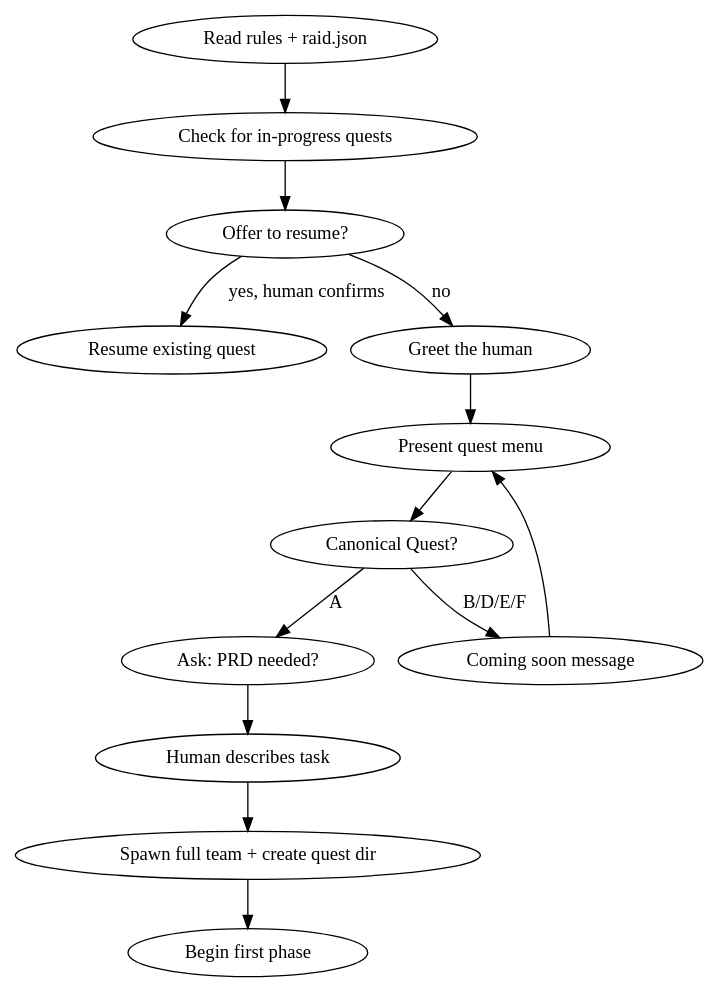
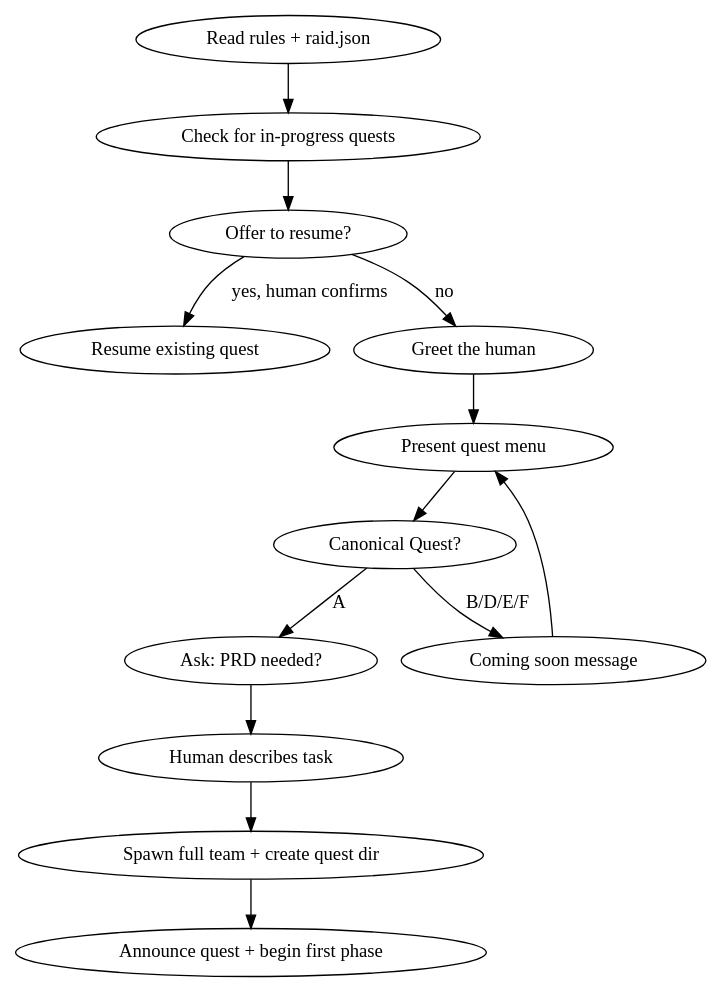
The diagram in template/.claude/skills/raid-init/SKILL.md (pedropicardi/claude-raid), drawn with Graphviz before and after one commit. The commit also changed other lines of this file and 61 other files, not shown here.

````diff
--- a/template/.claude/skills/raid-init/SKILL.md
+++ b/template/.claude/skills/raid-init/SKILL.md
@@ -16,16 +16,16 @@
 ```dot
 digraph init {
   "Read rules + raid.json" -> "Check for in-progress quests";
   "Check for in-progress quests" -> "Offer to resume?" [shape=diamond];
   "Offer to resume?" -> "Resume existing quest" [label="yes, human confirms"];
   "Offer to resume?" -> "Greet the human" [label="no"];
   "Greet the human" -> "Present quest menu";
   "Present quest menu" -> "Canonical Quest?" [shape=diamond];
   "Canonical Quest?" -> "Ask: PRD needed?" [label="A"];
   "Canonical Quest?" -> "Coming soon message" [label="B/D/E/F"];
   "Coming soon message" -> "Present quest menu";
   "Ask: PRD needed?" -> "Human describes task";
   "Human describes task" -> "Spawn full team + create quest dir";
-  "Spawn full team + create quest dir" -> "Begin first phase" [shape=doublecircle];
+  "Spawn full team + create quest dir" -> "Announce quest + begin first phase" [shape=doublecircle];
 }
 ```
````
